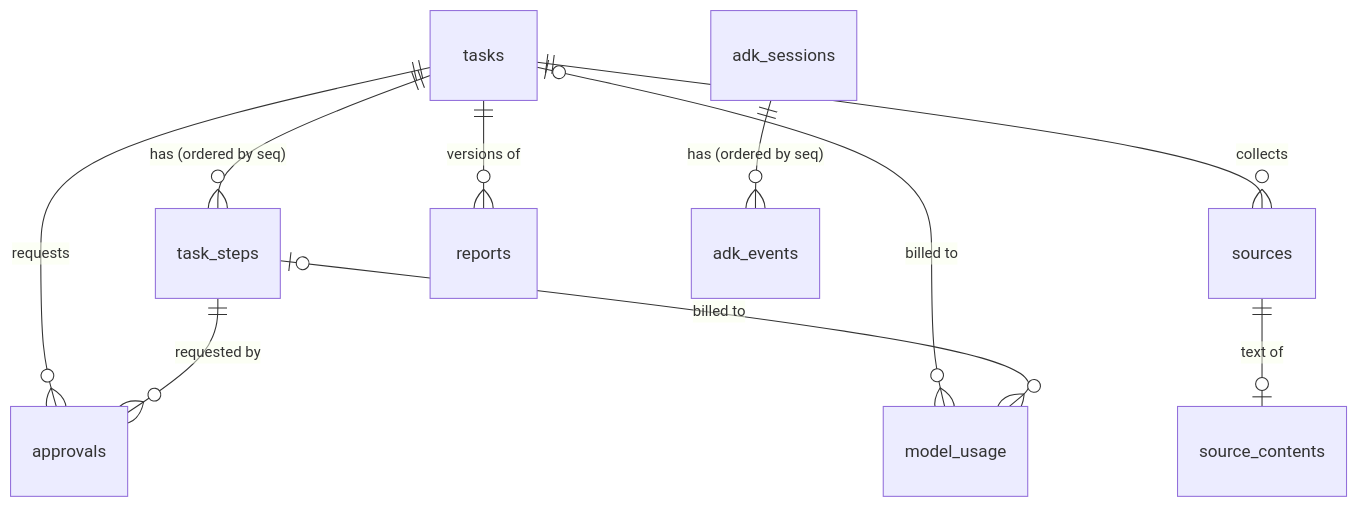
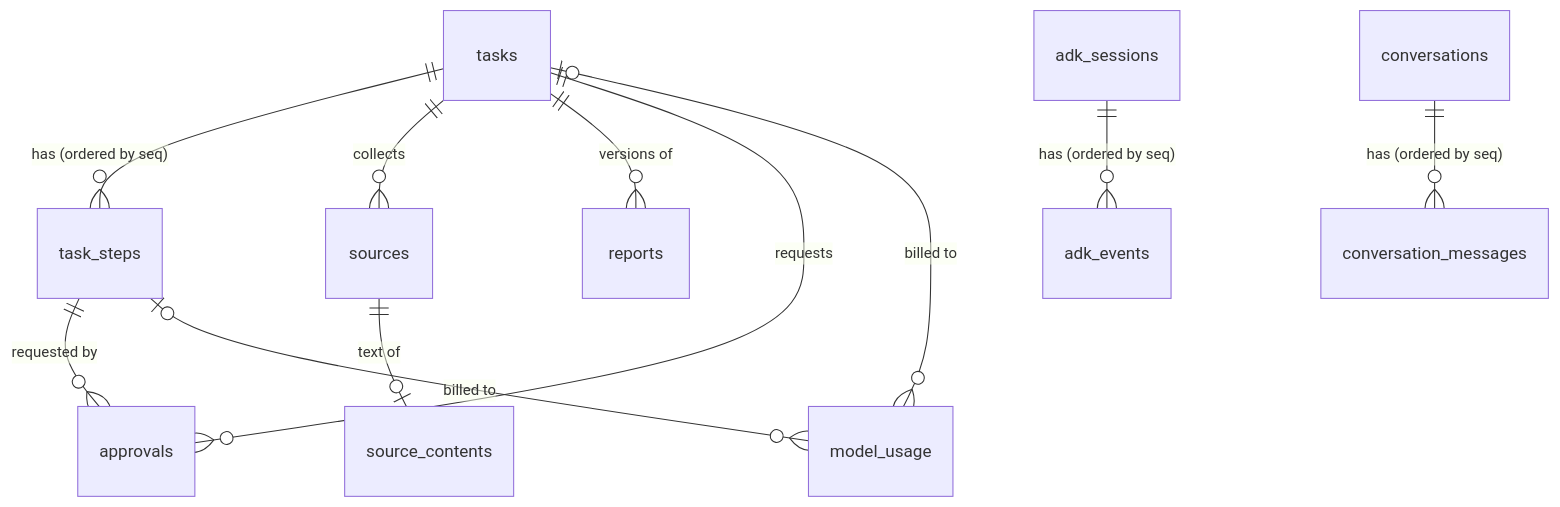
The first of 3 diagrams in packages/storage/SCHEMA.md (mimzand/autonomous-research-assistant), drawn with Mermaid before and after one commit. The commit also changed other lines of this file and 62 other files, not shown here.

````diff
--- a/packages/storage/SCHEMA.md
+++ b/packages/storage/SCHEMA.md
@@ -23,12 +23,13 @@
 ```mermaid
 erDiagram
   tasks ||--o{ task_steps : "has (ordered by seq)"
   tasks ||--o{ sources : collects
   sources ||--o| source_contents : "text of"
   tasks ||--o{ reports : "versions of"
   tasks ||--o{ approvals : requests
   task_steps ||--o{ approvals : "requested by"
   tasks |o--o{ model_usage : "billed to"
   task_steps |o--o{ model_usage : "billed to"
   adk_sessions ||--o{ adk_events : "has (ordered by seq)"
+  conversations ||--o{ conversation_messages : "has (ordered by seq)"
 ```
````
